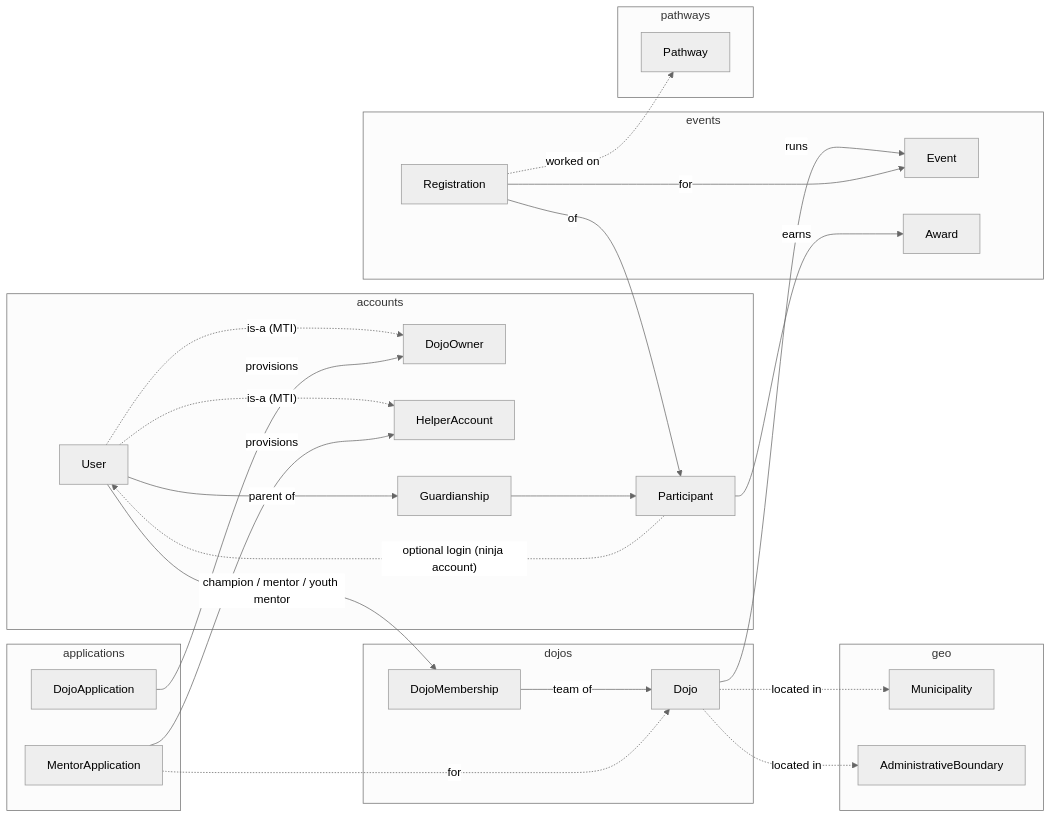
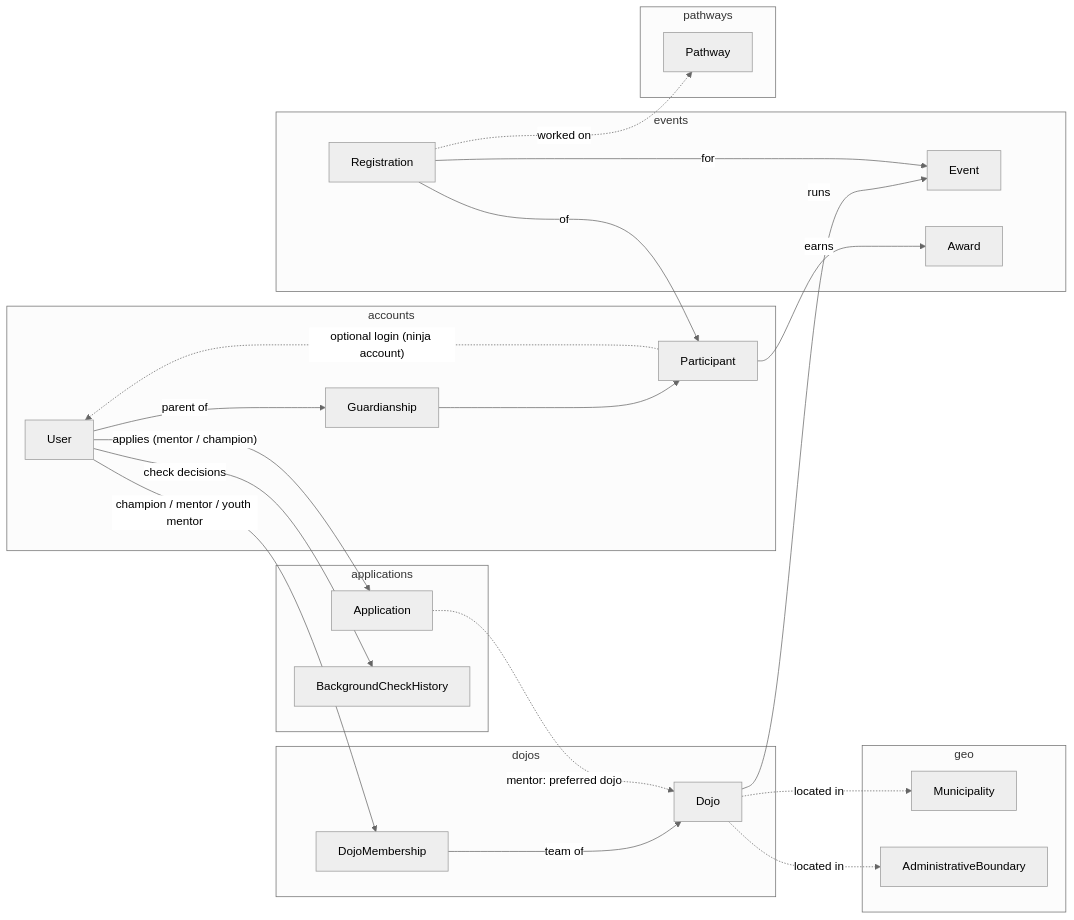
Before and after one commit to DoublG/coderdojo-event-registration: the first of 20 diagrams in DATA_MODEL.md, drawn with Mermaid (neutral theme). The commit also changed other lines of this file and 56 other files, not shown here.

````diff
--- a/DATA_MODEL.md
+++ b/DATA_MODEL.md
@@ -42,46 +41,43 @@
 ```mermaid
 flowchart LR
     subgraph accounts
         User
-        DojoOwner
-        HelperAccount
         Guardianship
         Participant
     end
     subgraph dojos
         Dojo
         DojoMembership
     end
     subgraph events
         Event
         Registration
         Award
     end
     subgraph applications
-        DojoApplication
-        MentorApplication
+        Application
+        BackgroundCheckHistory
     end
     subgraph pathways
         Pathway
     end
     subgraph geo
         Municipality
         AdministrativeBoundary
     end
 
-    User -. "is-a (MTI)" .-> DojoOwner & HelperAccount
     User -- "champion / mentor / youth mentor" --> DojoMembership
     DojoMembership -- "team of" --> Dojo
     User -- "parent of" --> Guardianship
     Guardianship --> Participant
     Participant -. "optional login (ninja account)" .-> User
     Dojo -- runs --> Event
     Registration -- for --> Event
     Registration -- of --> Participant
     Registration -. "worked on" .-> Pathway
     Participant -- earns --> Award
-    DojoApplication -- provisions --> DojoOwner
-    MentorApplication -- provisions --> HelperAccount
-    MentorApplication -. "for" .-> Dojo
+    User -- "applies (mentor / champion)" --> Application
+    User -- "check decisions" --> BackgroundCheckHistory
+    Application -. "mentor: preferred dojo" .-> Dojo
     Dojo -. located in .-> Municipality & AdministrativeBoundary
 ```
````
